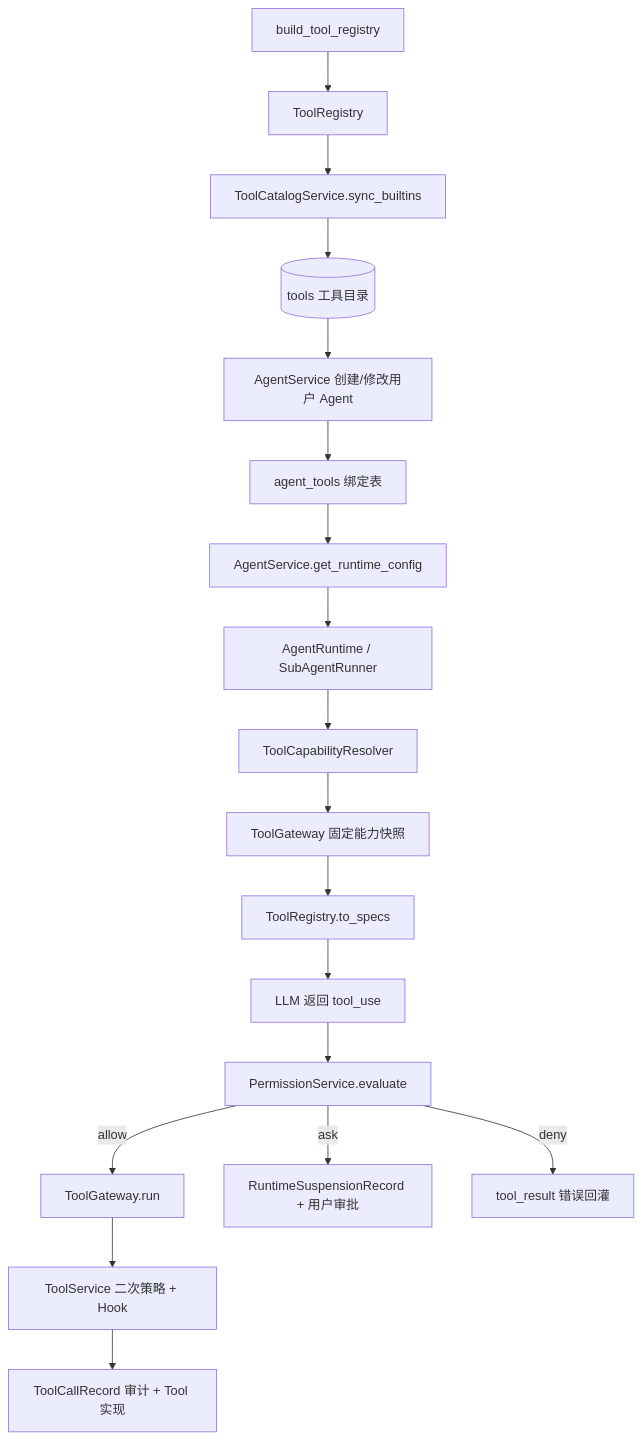
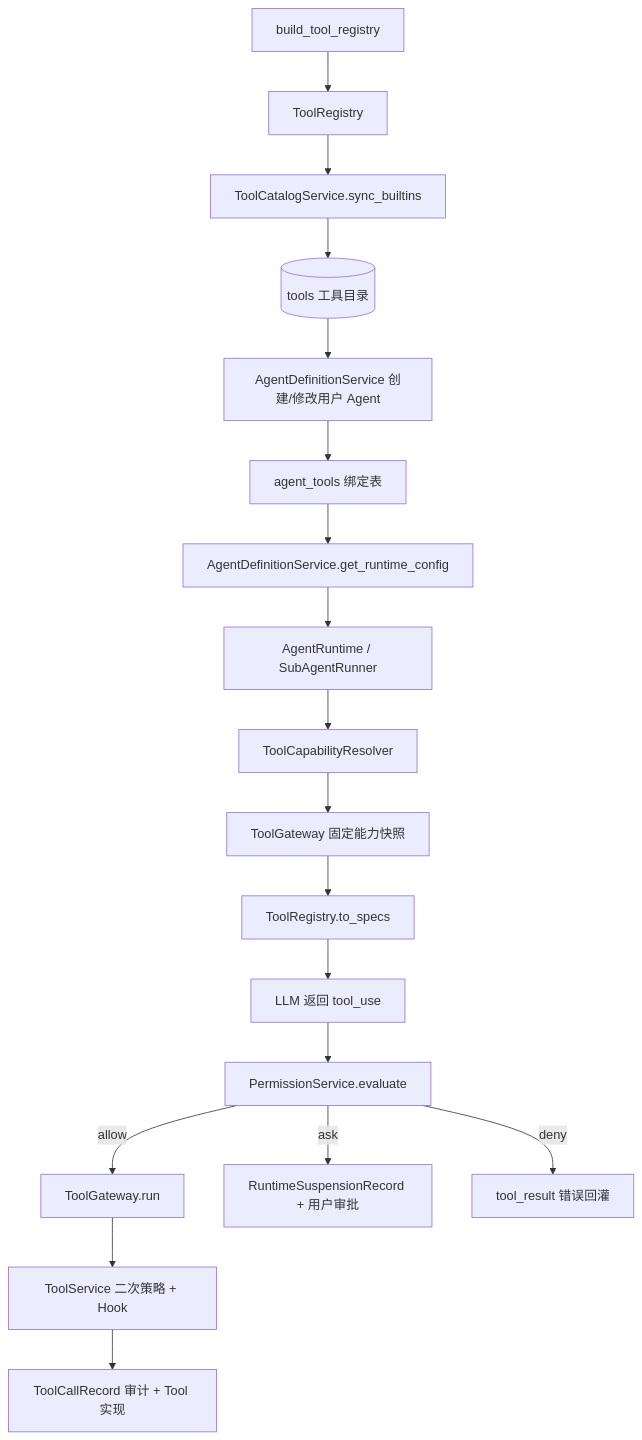
One commit to is-xianglei/AgentOS changed the second of 3 diagrams in docs/agentos-tool-governance-refactor-plan.md. Above: the diagram before and after it, drawn with Mermaid. The commit also changed other lines of this file and 33 other files, not shown here.

First line of the commit message:
refactor: 删除编排检查点死代码，agent 域 AgentService 改名 AgentDefinitionService

````diff
--- a/docs/agentos-tool-governance-refactor-plan.md
+++ b/docs/agentos-tool-governance-refactor-plan.md
@@ -66,20 +66,20 @@
 ```mermaid
 flowchart TD
     A[build_tool_registry] --> B[ToolRegistry]
     B --> C[ToolCatalogService.sync_builtins]
     C --> D[(tools 工具目录)]
-    D --> E[AgentService 创建/修改用户 Agent]
+    D --> E[AgentDefinitionService 创建/修改用户 Agent]
     E --> F[agent_tools 绑定表]
-    F --> G[AgentService.get_runtime_config]
+    F --> G[AgentDefinitionService.get_runtime_config]
     G --> H[AgentRuntime / SubAgentRunner]
     H --> I[ToolCapabilityResolver]
     I --> J[ToolGateway 固定能力快照]
     J --> K[ToolRegistry.to_specs]
     K --> L[LLM 返回 tool_use]
     L --> M[PermissionService.evaluate]
     M -->|allow| N[ToolGateway.run]
     M -->|ask| O[RuntimeSuspensionRecord + 用户审批]
     M -->|deny| P[tool_result 错误回灌]
     N --> Q[ToolService 二次策略 + Hook]
     Q --> R[ToolCallRecord 审计 + Tool 实现]
 ```
````
